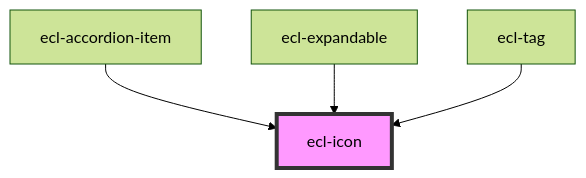
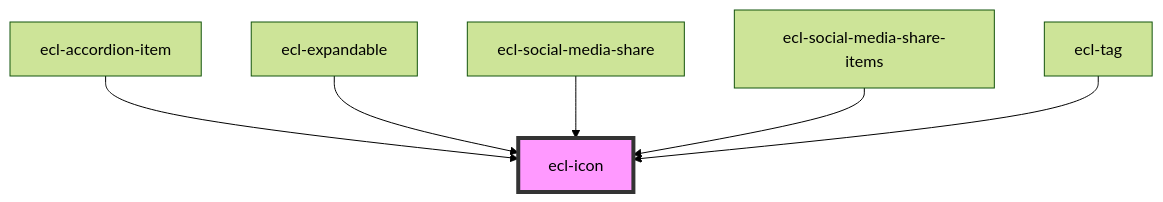
Before and after one commit to ec-europa/ecl-webcomponents: the diagram in src/components/ecl-icon/readme.md, drawn with Mermaid (forest theme). The commit also changed other lines of this file and 16 other files, not shown here.

Commit message:
chore(web-components): Adding social media share

````diff
--- a/src/components/ecl-icon/readme.md
+++ b/src/components/ecl-icon/readme.md
@@ -28,7 +31,9 @@
 ```mermaid
 graph TD;
   ecl-accordion-item --> ecl-icon
   ecl-expandable --> ecl-icon
+  ecl-social-media-share --> ecl-icon
+  ecl-social-media-share-items --> ecl-icon
   ecl-tag --> ecl-icon
   style ecl-icon fill:#f9f,stroke:#333,stroke-width:4px
 ```
````
